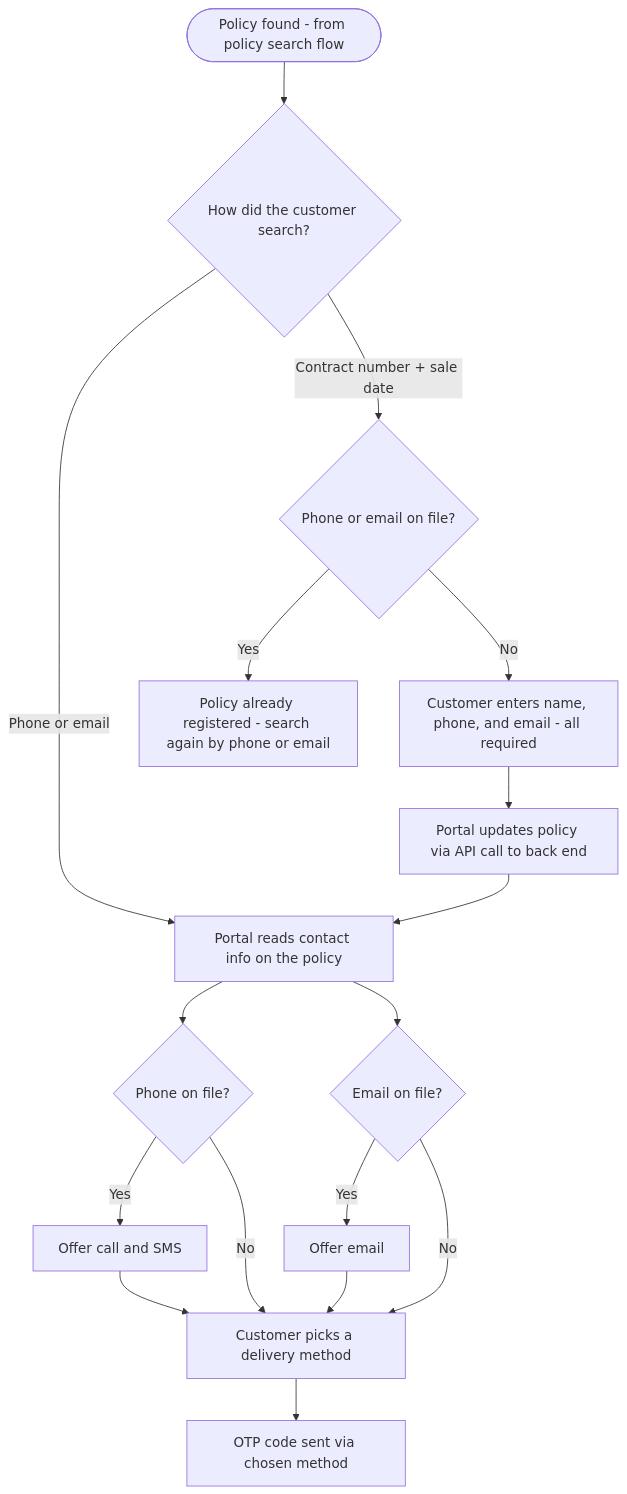
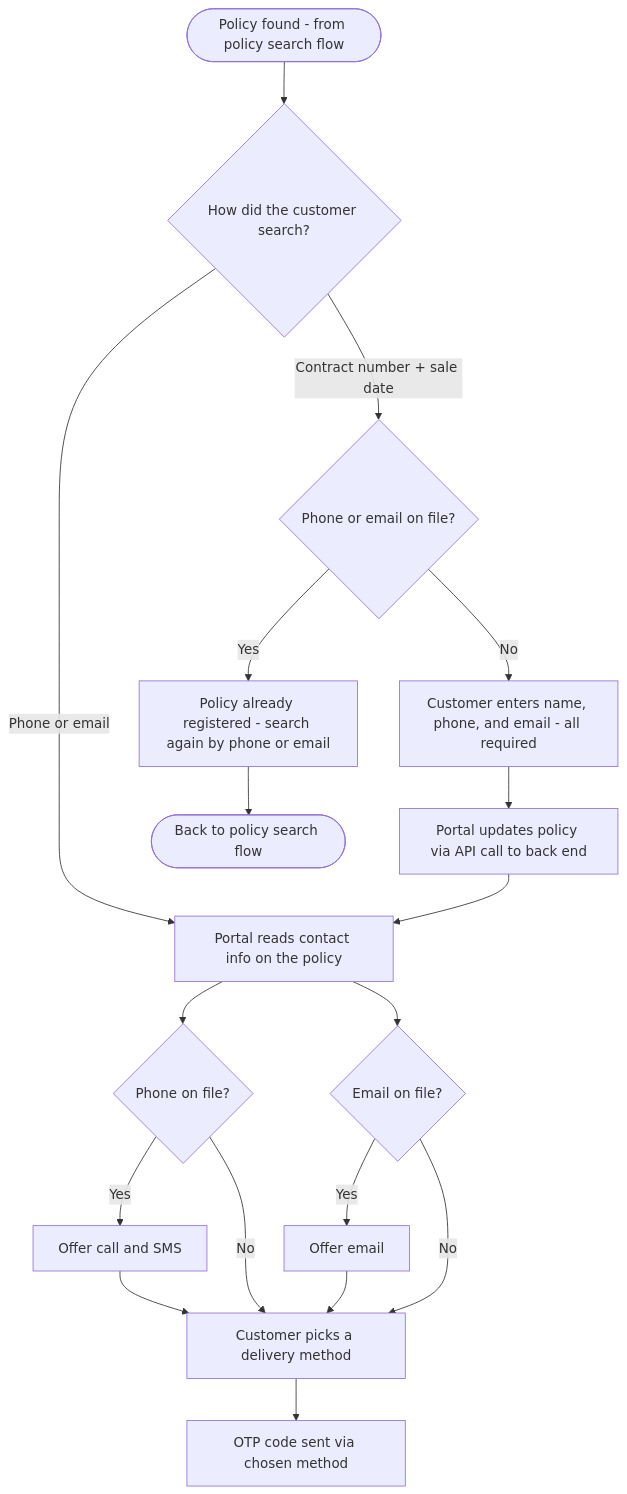
The diagram in docs/flows/02-otp-routing.md (prqueen90-collab/journey-diagrams), drawn with Mermaid before and after one commit. The commit also changed other lines of this file, not shown here.

Commit message:
Flow 2: link 'already registered' step back to policy search
Claude-Session: https://claude.ai/code/session_019K1gMRqgFEv9D5YEyEPSqx

````diff
--- a/docs/flows/02-otp-routing.md
+++ b/docs/flows/02-otp-routing.md
@@ -8,19 +9,20 @@
 ```mermaid
 flowchart TD
     A([Policy found - from policy search flow]) --> B{How did the customer search?}
     B -->|Phone or email| C[Portal reads contact info on the policy]
     B -->|Contract number + sale date| D{Phone or email on file?}
     D -->|Yes| E[Policy already registered - search again by phone or email]
+    E --> S([Back to policy search flow])
     D -->|No| F[Customer enters name, phone, and email - all required]
     F --> P[Portal updates policy via API call to back end]
     P --> C
     C --> G{Phone on file?}
     C --> H{Email on file?}
     G -->|Yes| I[Offer call and SMS]
     H -->|Yes| J[Offer email]
     G -->|No| K[Customer picks a delivery method]
     H -->|No| K
     I --> K
     J --> K
     K --> L[OTP code sent via chosen method]
 ```
````
